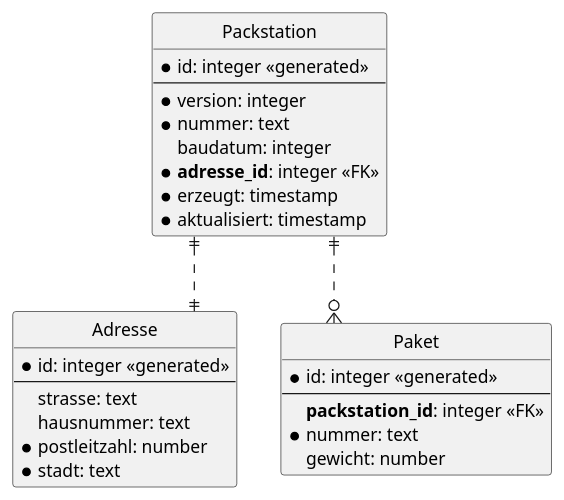
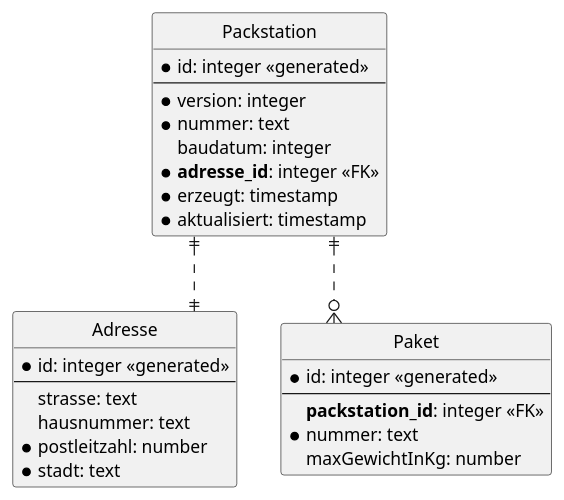
One commit to marius-a-mueller/kunstwerk changed the diagram in .extras/doc/projekthandbuch/ER-Diagramm.plantuml. Above: the diagram before and after it, drawn with PlantUML. The commit also changed 1 other file, not shown here.

Commit message:
ER-Diagramm angepasst

```diff
--- a/.extras/doc/projekthandbuch/ER-Diagramm.plantuml
+++ b/.extras/doc/projekthandbuch/ER-Diagramm.plantuml
@@ -3,40 +3,40 @@
 @startuml ER Diagramm
 
 ' hide the spot
 hide circle
 
 ' evtl. Prbleme mit Kraehenfuessen vermeiden
 skinparam linetype ortho
 
 entity "Packstation" {
   * id: integer <<generated>>
   --
   * version: integer
   * nummer: text
     baudatum: integer
   * **adresse_id**: integer <<FK>>
   * erzeugt: timestamp
   * aktualisiert: timestamp
 }
 
 entity "Adresse" {
   * id: integer <<generated>>
   --
     strasse: text
     hausnummer: text
   * postleitzahl: number
   * stadt: text
 }
 
 entity "Paket" {
   * id: integer <<generated>>
   --
     **packstation_id**: integer <<FK>>
   * nummer: text
-    gewicht: number
+    maxGewichtInKg: number
 }
 
 Packstation ||..|| Adresse
 Packstation ||..o{ Paket
 
 @enduml
```
